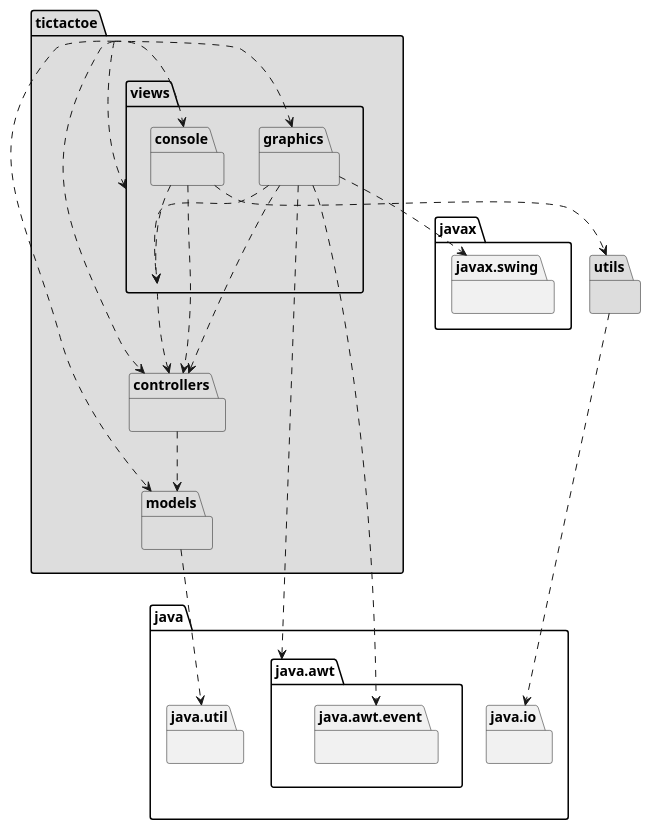
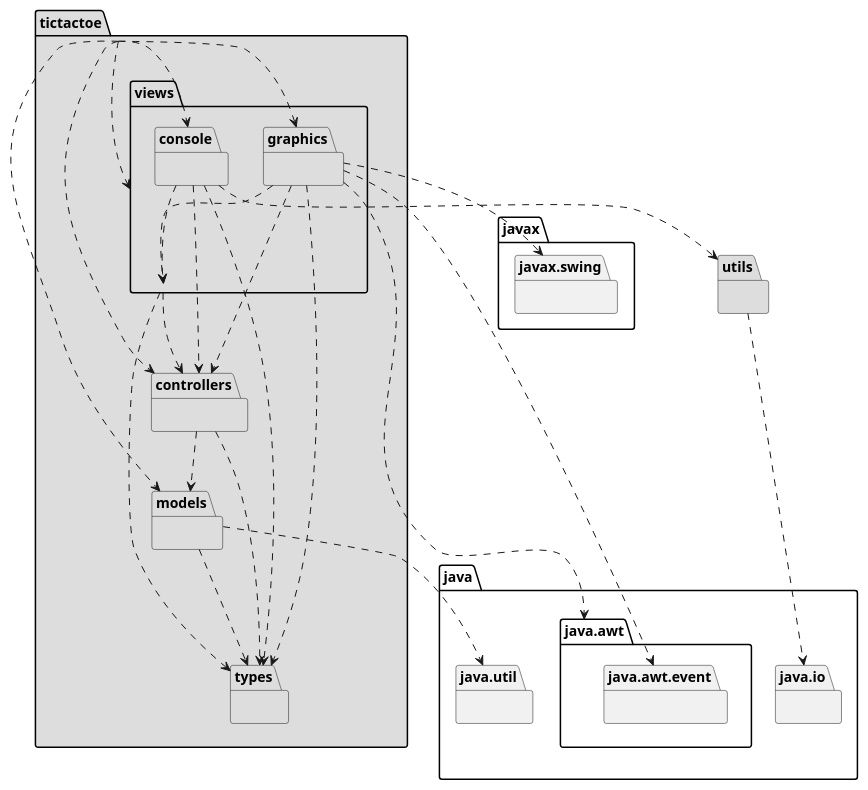
The first of 4 diagrams in docs/src/docs/asciidoc/index.adoc (x-USantaTecla-game-ticTacToe/java), drawn with PlantUML before and after one commit. The commit also changed other lines of this file and 19 other files, not shown here.

```diff
--- a/docs/src/docs/asciidoc/index.adoc
+++ b/docs/src/docs/asciidoc/index.adoc
@@ -36,40 +36,46 @@
 [plantuml,arquitecturaVersion5,svg]
 ....
 
 package tictactoe #DDDDDD { } 
 tictactoe .down.> tictactoe.views.graphics
 tictactoe .down.> tictactoe.models
 tictactoe .down.> tictactoe.views.console
 tictactoe .down.> tictactoe.controllers
 tictactoe .down.> tictactoe.views
 
 package tictactoe.controllers #DDDDDD { } 
 tictactoe.controllers .down.> tictactoe.models
+tictactoe.controllers .down.> tictactoe.types
 
-package tictactoe.models #DDDDDD { } 
+package tictactoe.models #DDDDDD { }
+package tictactoe.types #DDDDDD { }  
 package java.util{ }
 tictactoe.models .down.> java.util
+tictactoe.models .down.> tictactoe.types
 
 package utils #DDDDDD { } 
 package java.io{ }
 utils .down.> java.io
 
 package tictactoe.views #DDDDDD { } 
 tictactoe.views .down.> tictactoe.controllers
+tictactoe.views .down.> tictactoe.types
 
 package tictactoe.views.console #DDDDDD { } 
 tictactoe.views.console .down.> tictactoe.views
 tictactoe.views.console .down.> tictactoe.controllers 
 tictactoe.views.console .down.> utils
+tictactoe.views.console .down.> tictactoe.types
 
 package tictactoe.views.graphics #DDDDDD { } 
 package java.awt{ }
 tictactoe.views.graphics .down.> java.awt
 package java.awt.event{ }
 tictactoe.views.graphics .down.> java.awt.event
 tictactoe.views.graphics .down.> tictactoe.views
 tictactoe.views.graphics .down.> tictactoe.controllers 
+tictactoe.views.graphics .down.> tictactoe.types
 package javax.swing{ }
 tictactoe.views.graphics .down.> javax.swing
 
 ....
```
